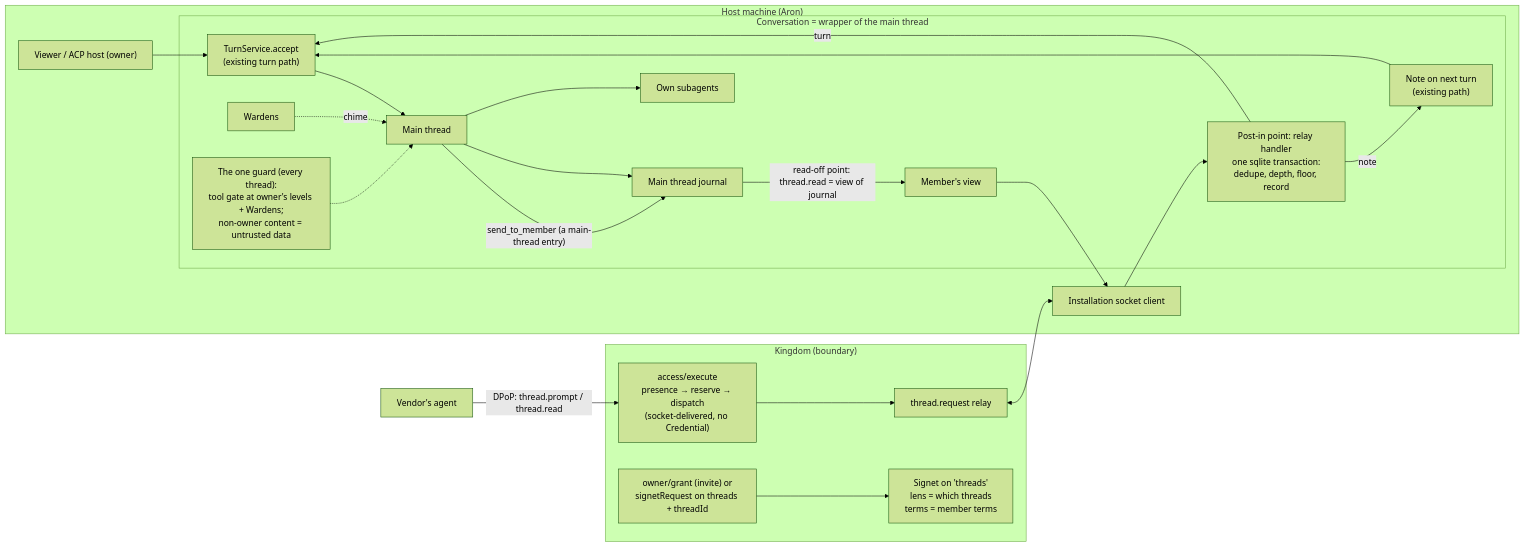
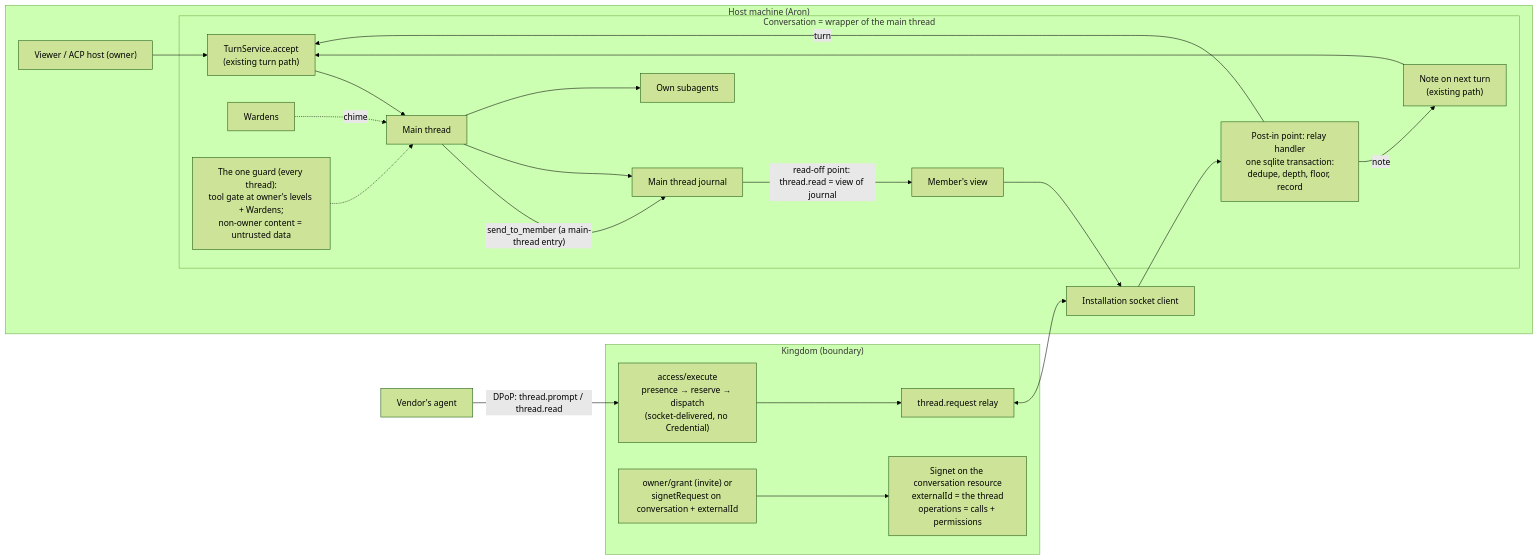
One commit to inixiative/foundry changed the diagram in docs/reference/CONVERSATIONS.md. Above: the diagram before and after it, drawn with Mermaid (forest theme). The commit also changed other lines of this file and 1 other file, not shown here.

First line of the commit message:
Docs: conversations are integration resources; permissions replace grant terms

````diff
--- a/docs/reference/CONVERSATIONS.md
+++ b/docs/reference/CONVERSATIONS.md
@@ -90,27 +90,27 @@
 ```mermaid
 flowchart LR
   subgraph HostMachine["Host machine (Aron)"]
     V["Viewer / ACP host (owner)"] --> TS
     subgraph Wrap["Conversation = wrapper of the main thread"]
       RH["Post-in point: relay handler<br/>one sqlite transaction:<br/>dedupe, depth, floor, record"] -->|note| NQ["Note on next turn<br/>(existing path)"]
       RH -->|turn| TS["TurnService.accept<br/>(existing turn path)"]
       NQ --> TS
       TS --> MT["Main thread"]
       MT -->|"send_to_member (a main-thread entry)"| J["Main thread journal"]
       MT --> J
       J -->|"read-off point: thread.read = view of journal"| RO["Member's view"]
       MT --> SA["Own subagents"]
       W["Wardens"] -. chime .-> MT
       TG["The one guard (every thread):<br/>tool gate at owner's levels + Wardens;<br/>non-owner content = untrusted data"] -.-> MT
     end
     IS["Installation socket client"]
   end
   subgraph K["Kingdom (boundary)"]
     EX["access/execute<br/>presence → reserve → dispatch<br/>(socket-delivered, no Credential)"] --> RL["thread.request relay"]
-    G["owner/grant (invite) or<br/>signetRequest on threads + threadId"] --> SIG["Signet on 'threads'<br/>lens = which threads<br/>terms = member terms"]
+    G["owner/grant (invite) or<br/>signetRequest on conversation + externalId"] --> SIG["Signet on the conversation resource<br/>externalId = the thread<br/>operations = calls + permissions"]
   end
   VA["Vendor's agent"] -- "DPoP: thread.prompt / thread.read" --> EX
   RL <--> IS
   IS --> RH
   RO --> IS
 ```
````
